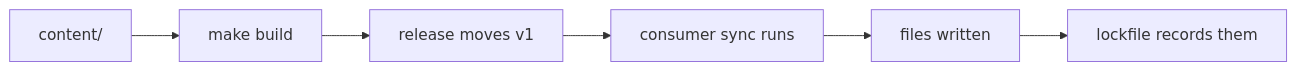
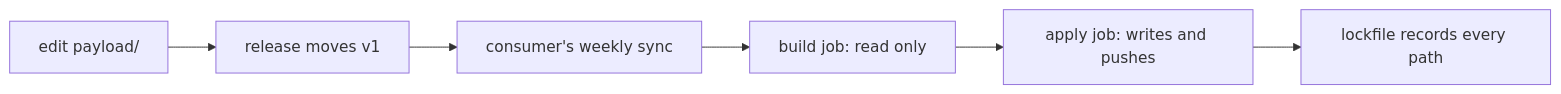
The diagram in README.md (tannergolden/intelligence), drawn with Mermaid before and after one commit. The commit also changed other lines of this file and 7 other files, not shown here.

````diff
--- a/README.md
+++ b/README.md
@@ -76,8 +86,8 @@
 ```mermaid
 graph LR
-    A[content/] --> B[make build]
-    B --> C[release moves v1]
-    C --> D[consumer sync runs]
-    D --> E[files written]
-    E --> F[lockfile records them]
+    A[edit payload/] --> B[release moves v1]
+    B --> C[consumer's weekly sync]
+    C --> D[build job: read only]
+    D --> E[apply job: writes and pushes]
+    E --> F[lockfile records every path]
 ```
````
